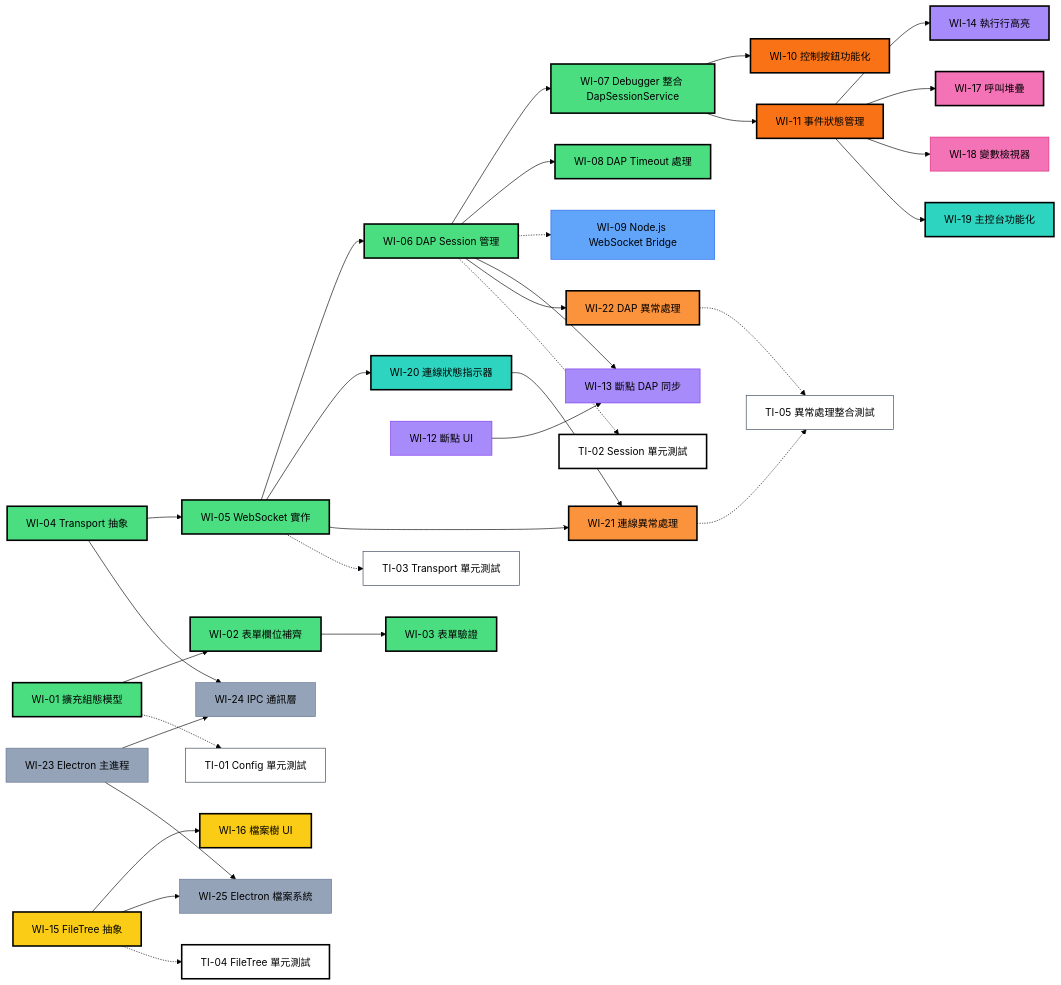
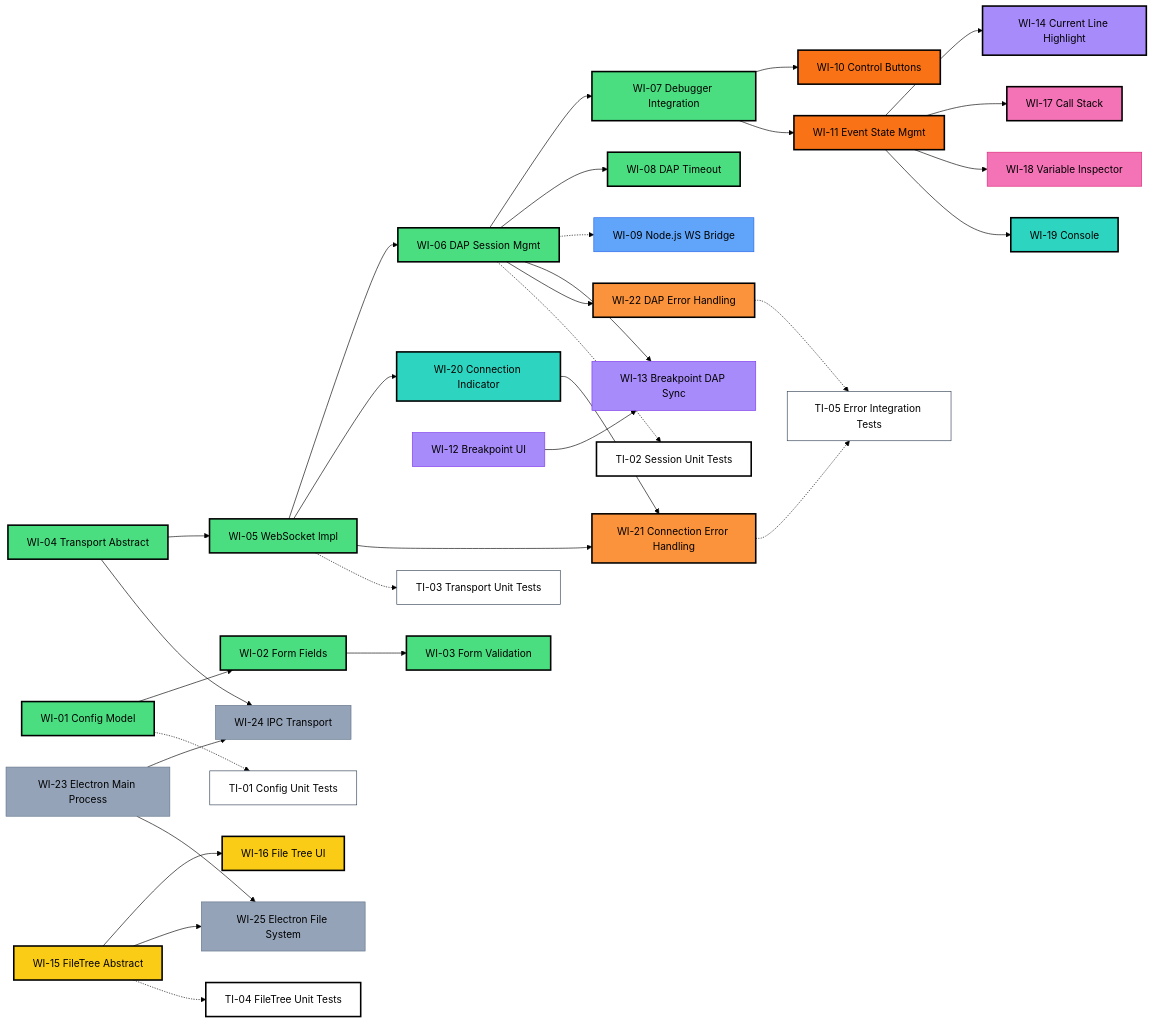
The diagram in docs/work-items.md (tangpo387-arch/taro-debugger), drawn with Mermaid (forest theme) before and after one commit. The commit also changed other lines of this file and 9 other files, not shown here.

````diff
--- a/docs/work-items.md
+++ b/docs/work-items.md
@@ -192,47 +216,47 @@
 ```mermaid
 graph LR
-    WI01[WI-01 擴充組態模型] --> WI02[WI-02 表單欄位補齊]
-    WI02 --> WI03[WI-03 表單驗證]
-    
-    WI04[WI-04 Transport 抽象] --> WI05[WI-05 WebSocket 實作]
-    WI05 --> WI06[WI-06 DAP Session 管理]
-    
-    WI06 --> WI07[WI-07 Debugger 整合 DapSessionService]
-    WI06 --> WI08[WI-08 DAP Timeout 處理]
+    WI01[WI-01 Config Model] --> WI02[WI-02 Form Fields]
+    WI02 --> WI03[WI-03 Form Validation]
 
-    WI06 -.-> WI09[WI-09 Node.js WebSocket Bridge]
-    
-    WI07 --> WI10[WI-10 控制按鈕功能化]
-    WI07 --> WI11[WI-11 事件狀態管理]
-    
-    WI12[WI-12 斷點 UI] --> WI13[WI-13 斷點 DAP 同步]
+    WI04[WI-04 Transport Abstract] --> WI05[WI-05 WebSocket Impl]
+    WI05 --> WI06[WI-06 DAP Session Mgmt]
+
+    WI06 --> WI07[WI-07 Debugger Integration]
+    WI06 --> WI08[WI-08 DAP Timeout]
+
+    WI06 -.-> WI09[WI-09 Node.js WS Bridge]
+
+    WI07 --> WI10[WI-10 Control Buttons]
+    WI07 --> WI11[WI-11 Event State Mgmt]
+
+    WI12[WI-12 Breakpoint UI] --> WI13[WI-13 Breakpoint DAP Sync]
     WI06 --> WI13
-    WI11 --> WI14[WI-14 執行行高亮]
-    
-    WI15[WI-15 FileTree 抽象] --> WI16[WI-16 檔案樹 UI]
-    
-    WI11 --> WI17[WI-17 呼叫堆疊]
-    WI11 --> WI18[WI-18 變數檢視器]
-    
-    WI11 --> WI19[WI-19 主控台功能化]
-    WI05 --> WI20[WI-20 連線狀態指示器]
-    
-    WI05 --> WI21[WI-21 連線異常處理]
+    WI11 --> WI14[WI-14 Current Line Highlight]
+
+    WI15[WI-15 FileTree Abstract] --> WI16[WI-16 File Tree UI]
+
+    WI11 --> WI17[WI-17 Call Stack]
+    WI11 --> WI18[WI-18 Variable Inspector]
+
+    WI11 --> WI19[WI-19 Console]
+    WI05 --> WI20[WI-20 Connection Indicator]
+
+    WI05 --> WI21[WI-21 Connection Error Handling]
     WI20 --> WI21
-    WI06 --> WI22[WI-22 DAP 異常處理]
-    
-    WI21 -.-> TI05[TI-05 異常處理整合測試]
+    WI06 --> WI22[WI-22 DAP Error Handling]
+
+    WI21 -.-> TI05[TI-05 Error Integration Tests]
     WI22 -.-> TI05
-    
-    WI23[WI-23 Electron 主進程] --> WI24[WI-24 IPC 通訊層]
+
+    WI23[WI-23 Electron Main Process] --> WI24[WI-24 IPC Transport]
     WI04 --> WI24
-    WI23 --> WI25[WI-25 Electron 檔案系統]
+    WI23 --> WI25[WI-25 Electron File System]
     WI15 --> WI25
 
-    WI01 -.-> TI01[TI-01 Config 單元測試]
-    WI06 -.-> TI02[TI-02 Session 單元測試]
-    WI05 -.-> TI03[TI-03 Transport 單元測試]
-    WI15 -.-> TI04[TI-04 FileTree 單元測試]
+    WI01 -.-> TI01[TI-01 Config Unit Tests]
+    WI06 -.-> TI02[TI-02 Session Unit Tests]
+    WI05 -.-> TI03[TI-03 Transport Unit Tests]
+    WI15 -.-> TI04[TI-04 FileTree Unit Tests]
 
     style WI01 fill:#4ade80,stroke:#000,stroke-width:2.5px
     style WI02 fill:#4ade80,stroke:#000,stroke-width:2.5px
````
